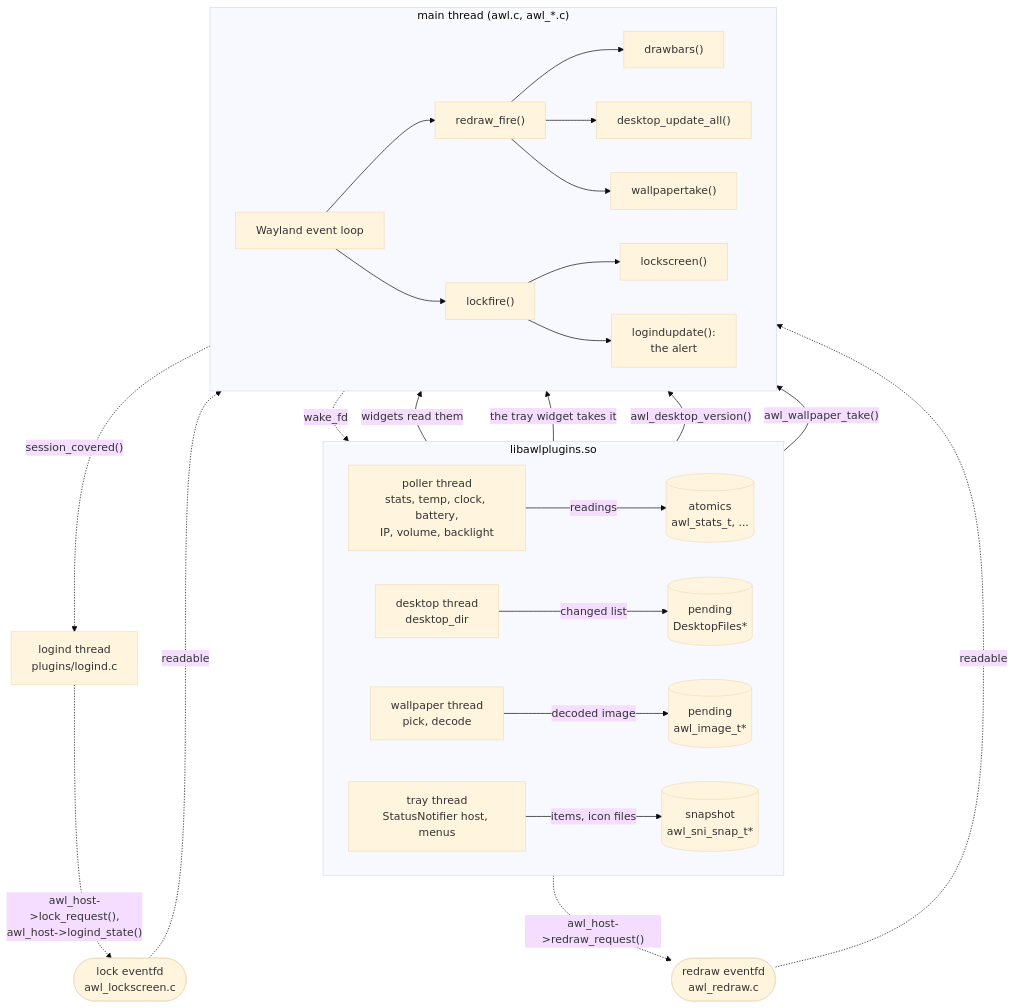
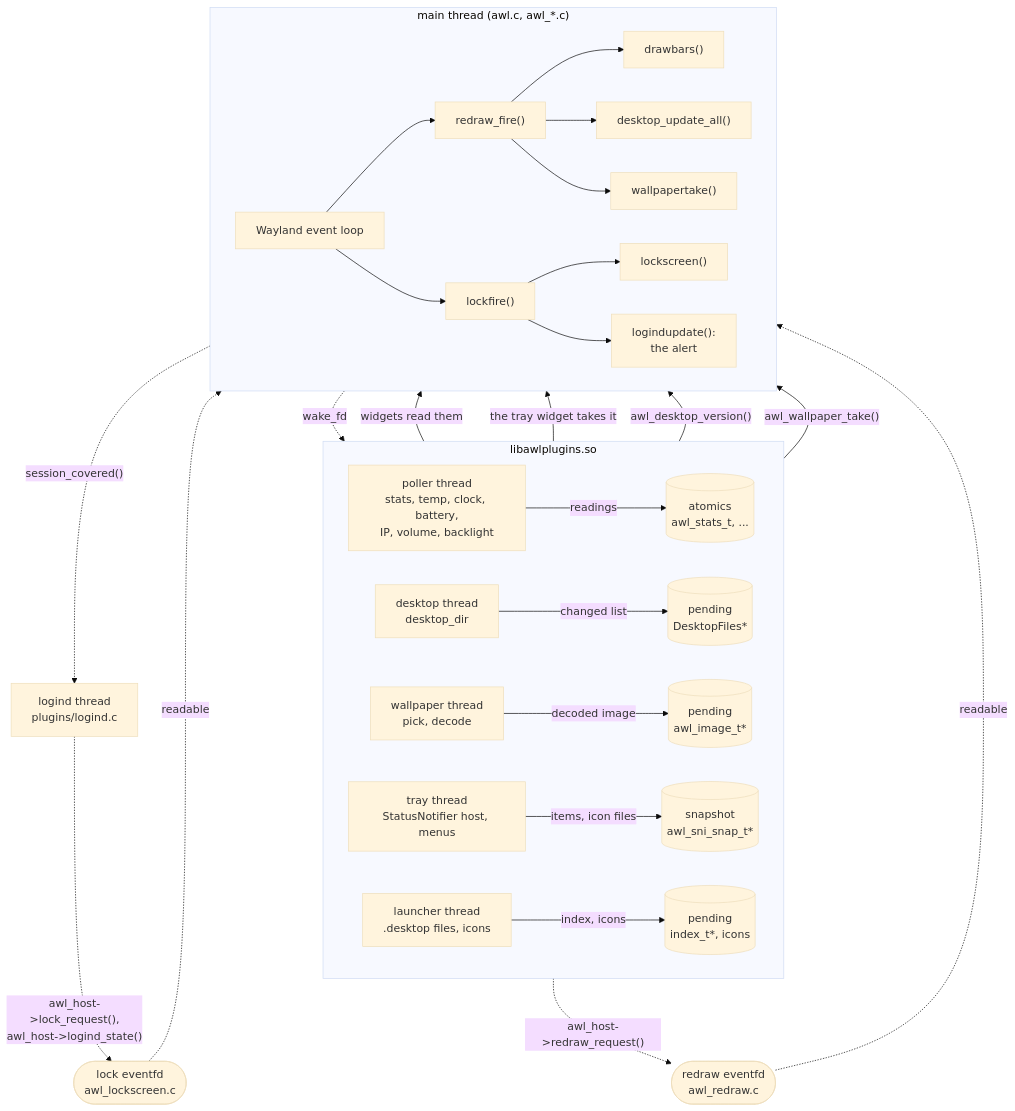
The first of 7 diagrams in doc/threads.rst (alcubierre-drive/awl), drawn with Mermaid (base theme) before and after one commit. The commit also changed other lines of this file and 37 other files, not shown here.

Commit message:
launcher with .desktop files

```diff
--- a/doc/threads.rst
+++ b/doc/threads.rst
@@ -103,34 +108,35 @@
 .. mermaid::
 
    flowchart TB
      subgraph lib["libawlplugins.so"]
        direction LR
        poller["poller thread<br/>stats, temp, clock, battery,<br/>IP, volume, backlight"] -- "readings" --> atomics[("atomics<br/>awl_stats_t, ...")]
        scanner["desktop thread<br/>desktop_dir"] -- "changed list" --> pending[("pending<br/>DesktopFiles*")]
        changer["wallpaper thread<br/>pick, decode"] -- "decoded image" --> image[("pending<br/>awl_image_t*")]
        tray["tray thread<br/>StatusNotifier host, menus"] -- "items, icon files" --> snap[("snapshot<br/>awl_sni_snap_t*")]
+       launcher["launcher thread<br/>.desktop files, icons"] -- "index, icons" --> lpending[("pending<br/>index_t*, icons")]
      end
      logind["logind thread<br/>plugins/logind.c"]
      redraw(["redraw eventfd<br/>awl_redraw.c"])
      lockfd(["lock eventfd<br/>awl_lockscreen.c"])
      subgraph main["main thread (awl.c, awl_*.c)"]
        direction LR
        loop["Wayland event loop"] --> fire["redraw_fire()"]
        fire --> bars["drawbars()"]
        fire --> panels["desktop_update_all()"]
        fire --> wp["wallpapertake()"]
        loop --> lockfire["lockfire()"]
        lockfire --> lockscreen["lockscreen()"]
        lockfire --> logindupdate["logindupdate():<br/>the alert"]
      end
 
      lib -. "awl_host->redraw_request()" .-> redraw
      redraw -. "readable" .-> loop
      logind -. "awl_host->lock_request(),<br/>awl_host->logind_state()" .-> lockfd
      lockfd -. "readable" .-> loop
      main -. "session_covered()" .-> logind
      atomics -- "widgets read them" --> bars
      snap -- "the tray widget takes it" --> bars
      pending -- "awl_desktop_version()" --> panels
      image -- "awl_wallpaper_take()" --> wp
      main -. "wake_fd" .-> lib
```
